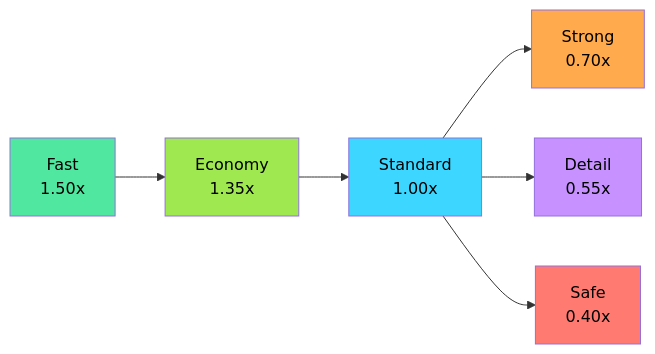
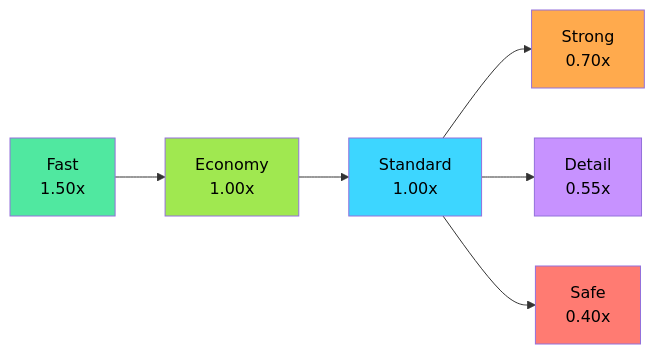
One commit to RafaelFino/FilamentDB changed the second of 4 diagrams in README.md. Above: the diagram before and after it, drawn with Mermaid. The commit also changed other lines of this file and 18 other files, not shown here.

````diff
--- a/README.md
+++ b/README.md
@@ -62,15 +62,15 @@
 ```mermaid
 graph LR
-    F[Fast<br/>1.50x] --> E[Economy<br/>1.35x]
+    F[Fast<br/>1.50x] --> E[Economy<br/>1.00x]
     E --> S[Standard<br/>1.00x]
     S --> ST[Strong<br/>0.70x]
     S --> D[Detail<br/>0.55x]
     S --> SA[Safe<br/>0.40x]
 
     style F fill:#50e8a0,color:#000
     style E fill:#a0e850,color:#000
     style S fill:#3dd6ff,color:#000
     style ST fill:#ffaa4d,color:#000
     style D fill:#c792ff,color:#000
     style SA fill:#ff7b72,color:#000
 ```
````
